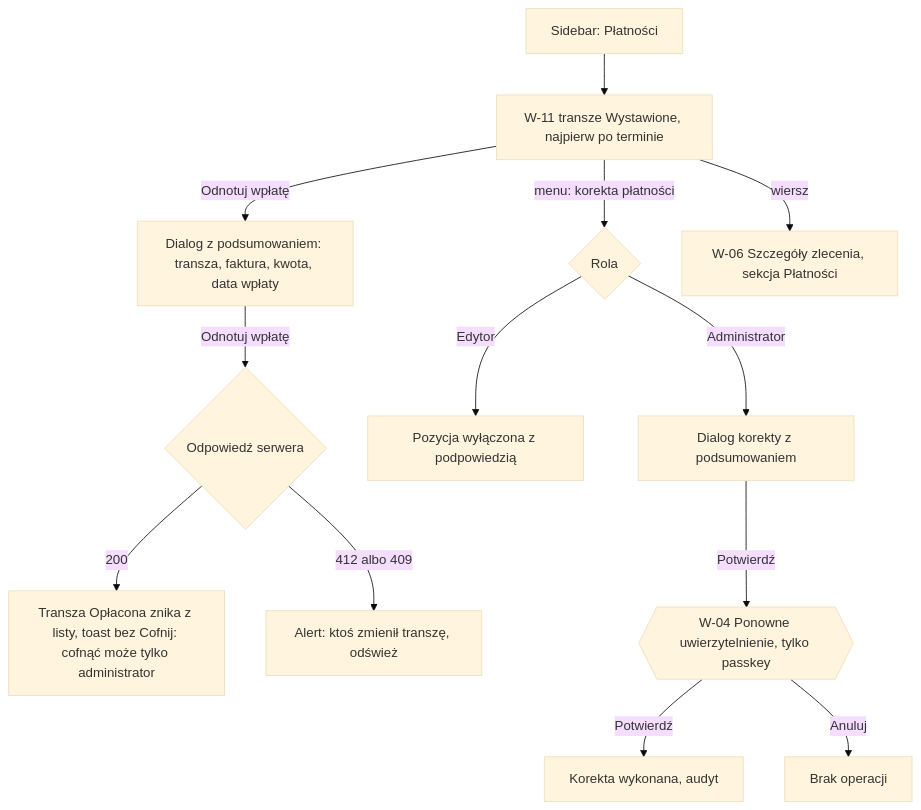
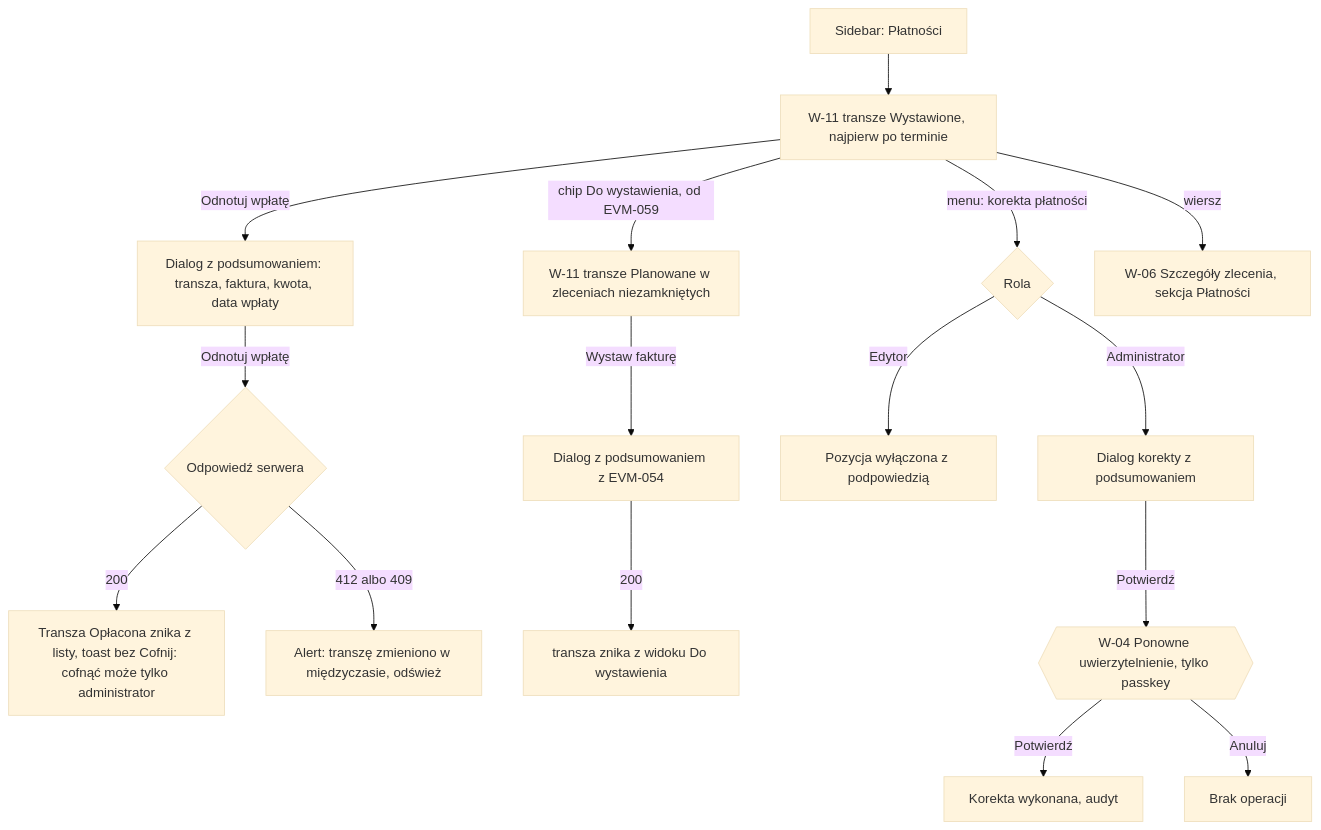
Before and after one commit to konradkluz/evia-manager: the diagram in docs/ux/flows/08-nieoplacone.md, drawn with Mermaid (base theme). The commit also changed other lines of this file and 24 other files, not shown here.

````diff
--- a/docs/ux/flows/08-nieoplacone.md
+++ b/docs/ux/flows/08-nieoplacone.md
@@ -7,15 +7,18 @@
 ```mermaid
 flowchart TD
   A["Sidebar: Płatności"] --> B["W-11 transze Wystawione, najpierw po terminie"]
   B -->|"Odnotuj wpłatę"| C["Dialog z podsumowaniem: transza, faktura, kwota, data wpłaty"]
   C -->|"Odnotuj wpłatę"| D{"Odpowiedź serwera"}
   D -->|"200"| E["Transza Opłacona znika z listy, toast bez Cofnij: cofnąć może tylko administrator"]
-  D -->|"412 albo 409"| F["Alert: ktoś zmienił transzę, odśwież"]
+  D -->|"412 albo 409"| F["Alert: transzę zmieniono w międzyczasie, odśwież"]
+  B -->|"chip Do wystawienia, od EVM-059"| DW["W-11 transze Planowane w zleceniach niezamkniętych"]
+  DW -->|"Wystaw fakturę"| WF["Dialog z podsumowaniem z EVM-054"]
+  WF -->|"200"| DW2["transza znika z widoku Do wystawienia"]
   B -->|"menu: korekta płatności"| G{"Rola"}
   G -->|"Edytor"| H["Pozycja wyłączona z podpowiedzią"]
   G -->|"Administrator"| I["Dialog korekty z podsumowaniem"]
   I -->|"Potwierdź"| J{{"W-04 Ponowne uwierzytelnienie, tylko passkey"}}
   J -->|"Potwierdź"| K["Korekta wykonana, audyt"]
   J -->|"Anuluj"| L["Brak operacji"]
   B -->|"wiersz"| W6["W-06 Szczegóły zlecenia, sekcja Płatności"]
 ```
````
